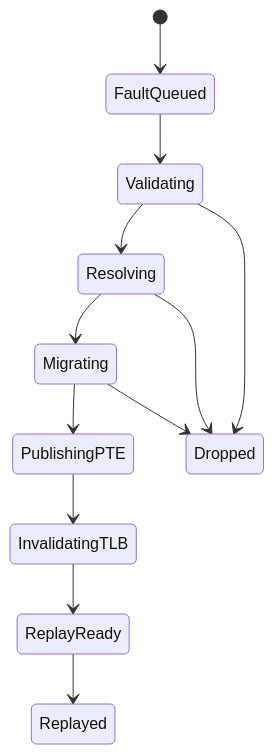
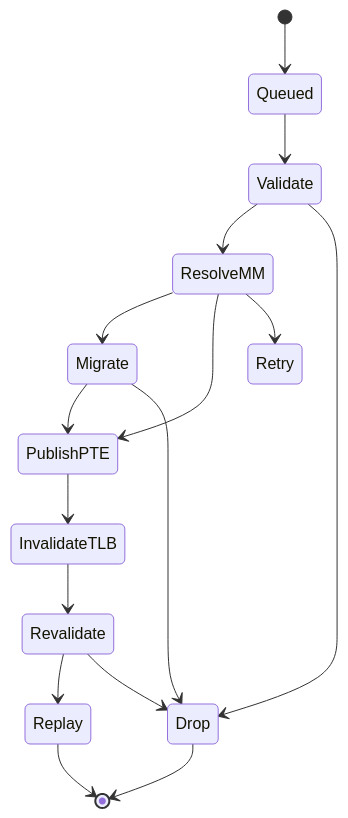
Before and after one commit to cheng3100/time_update_task: the second of 2 diagrams in pages/feature-memory-recoverable-fault.page.md, drawn with Mermaid. The commit also changed other lines of this file, not shown here.

````diff
--- a/pages/feature-memory-recoverable-fault.page.md
+++ b/pages/feature-memory-recoverable-fault.page.md
@@ -44,14 +58,18 @@
 ```mermaid
 stateDiagram-v2
-[*] --> FaultQueued
-FaultQueued --> Validating
-Validating --> Resolving
-Resolving --> Migrating
-Migrating --> PublishingPTE
-PublishingPTE --> InvalidatingTLB
-InvalidatingTLB --> ReplayReady
-ReplayReady --> Replayed
-Validating --> Dropped
-Resolving --> Dropped
-Migrating --> Dropped
+[*] --> Queued
+Queued --> Validate
+Validate --> ResolveMM
+ResolveMM --> Migrate
+ResolveMM --> PublishPTE
+Migrate --> PublishPTE
+PublishPTE --> InvalidateTLB
+InvalidateTLB --> Revalidate
+Revalidate --> Replay
+Validate --> Drop
+ResolveMM --> Retry
+Migrate --> Drop
+Revalidate --> Drop
+Replay --> [*]
+Drop --> [*]
 ```
````
